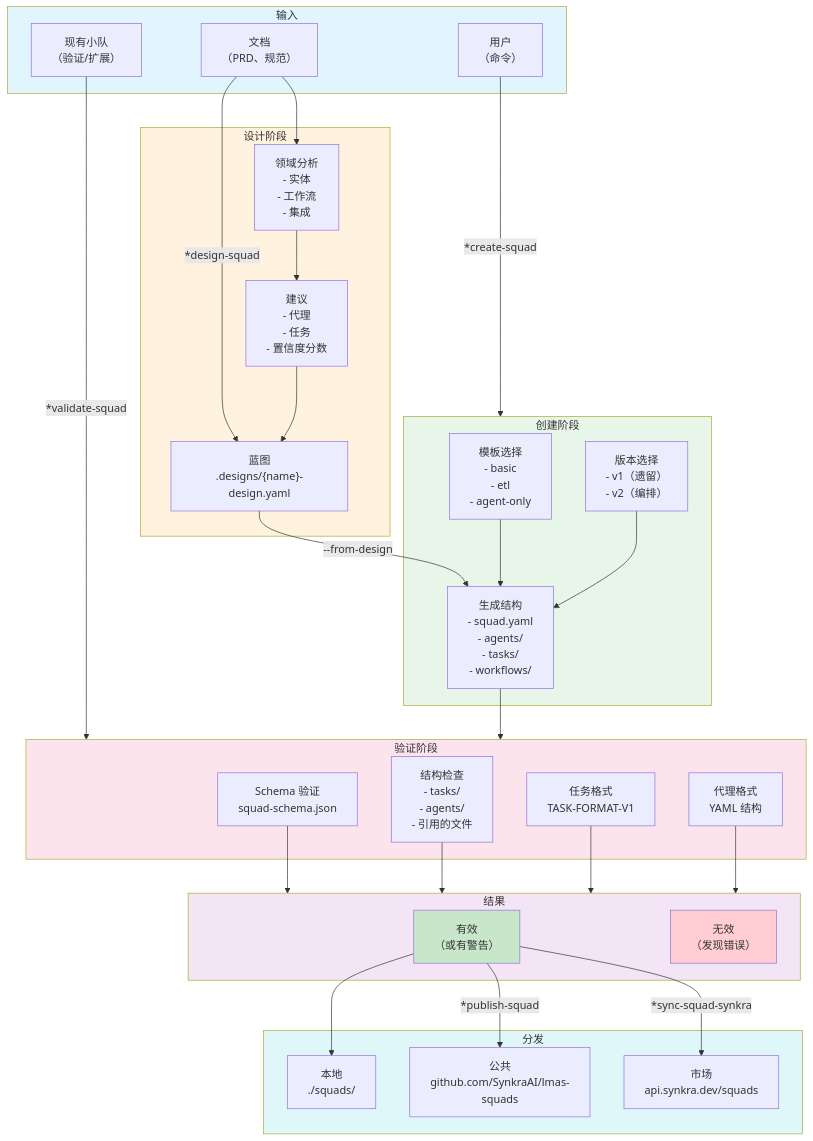
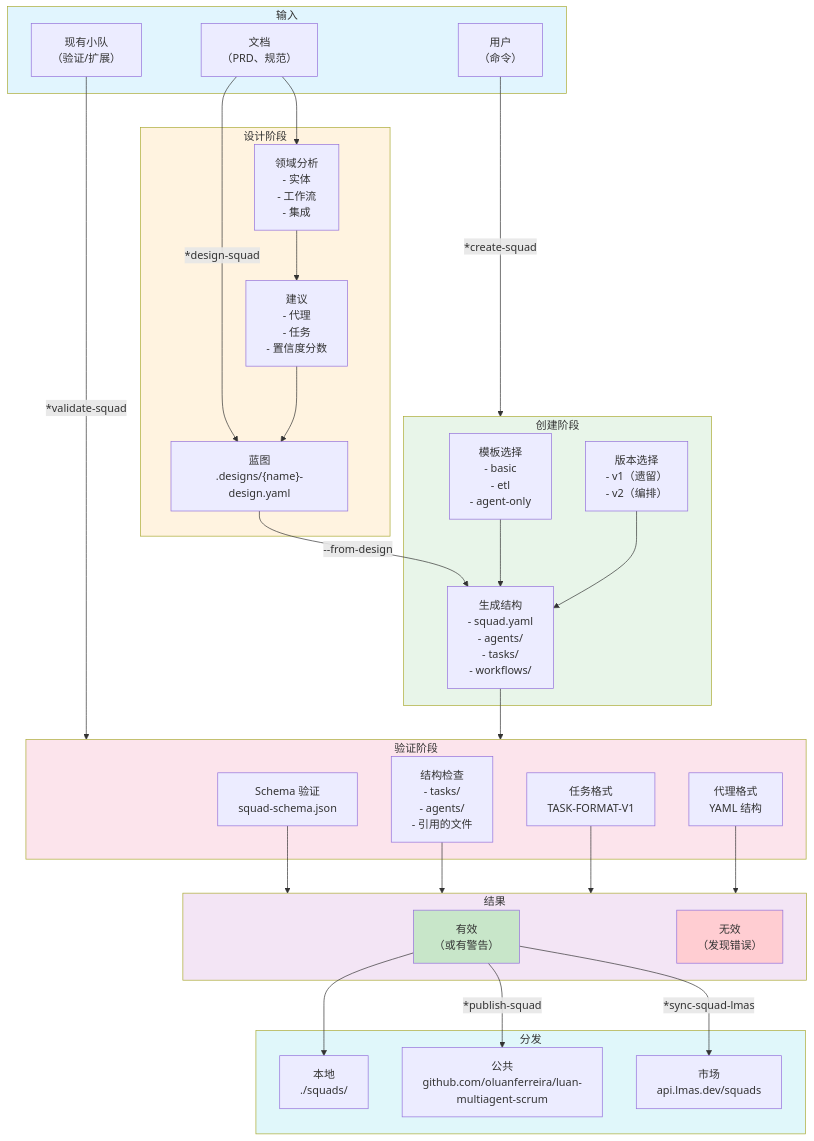
Before and after one commit to oluanferreira/luan-multiagent-scrum: the first of 6 diagrams in docs/zh/aiox-agent-flows/squad-creator-system.md, drawn with Mermaid. The commit also changed other lines of this file and 415 other files, not shown here.

First line of the commit message:
refactor: rebrand Synkra/SynkraAI → LMAS by Luan Ferreira

````diff
--- a/docs/zh/aiox-agent-flows/squad-creator-system.md
+++ b/docs/zh/aiox-agent-flows/squad-creator-system.md
@@ -113,69 +113,69 @@
 ```mermaid
 flowchart TB
     subgraph INPUTS["输入"]
         DOCS["文档<br/>（PRD、规范）"]
         USER["用户<br/>（命令）"]
         EXISTING["现有小队<br/>（验证/扩展）"]
     end
 
     DOCS -->|"*design-squad"| BLUEPRINT
     USER -->|"*create-squad"| CREATE
     EXISTING -->|"*validate-squad"| VALIDATE
 
     subgraph DESIGN["设计阶段"]
         BLUEPRINT["蓝图<br/>.designs/{name}-design.yaml"]
         ANALYSIS["领域分析<br/>- 实体<br/>- 工作流<br/>- 集成"]
         RECOMMEND["建议<br/>- 代理<br/>- 任务<br/>- 置信度分数"]
     end
 
     DOCS --> ANALYSIS
     ANALYSIS --> RECOMMEND
     RECOMMEND --> BLUEPRINT
 
     subgraph CREATE["创建阶段"]
         TEMPLATE["模板选择<br/>- basic<br/>- etl<br/>- agent-only"]
         VERSION["版本选择<br/>- v1（遗留）<br/>- v2（编排）"]
         GENERATE["生成结构<br/>- squad.yaml<br/>- agents/<br/>- tasks/<br/>- workflows/"]
     end
 
     BLUEPRINT -->|"--from-design"| GENERATE
     TEMPLATE --> GENERATE
     VERSION --> GENERATE
 
     subgraph VALIDATE["验证阶段"]
         SCHEMA["Schema 验证<br/>squad-schema.json"]
         STRUCTURE["结构检查<br/>- tasks/<br/>- agents/<br/>- 引用的文件"]
         TASK_FMT["任务格式<br/>TASK-FORMAT-V1"]
         AGENT_FMT["代理格式<br/>YAML 结构"]
     end
 
     GENERATE --> VALIDATE
     SCHEMA --> RESULT
     STRUCTURE --> RESULT
     TASK_FMT --> RESULT
     AGENT_FMT --> RESULT
 
     subgraph RESULT["结果"]
         VALID["有效<br/>（或有警告）"]
         INVALID["无效<br/>（发现错误）"]
     end
 
     subgraph DISTRIBUTE["分发"]
         LOCAL["本地<br/>./squads/"]
-        PUBLIC["公共<br/>github.com/SynkraAI/lmas-squads"]
-        MARKET["市场<br/>api.synkra.dev/squads"]
+        PUBLIC["公共<br/>github.com/oluanferreira/luan-multiagent-scrum"]
+        MARKET["市场<br/>api.lmas.dev/squads"]
     end
 
     VALID --> LOCAL
     VALID -->|"*publish-squad"| PUBLIC
-    VALID -->|"*sync-squad-synkra"| MARKET
+    VALID -->|"*sync-squad-lmas"| MARKET
 
     style INPUTS fill:#e1f5fe
     style DESIGN fill:#fff3e0
     style CREATE fill:#e8f5e9
     style VALIDATE fill:#fce4ec
     style RESULT fill:#f3e5f5
     style DISTRIBUTE fill:#e0f7fa
     style VALID fill:#c8e6c9
     style INVALID fill:#ffcdd2
 ```
````
